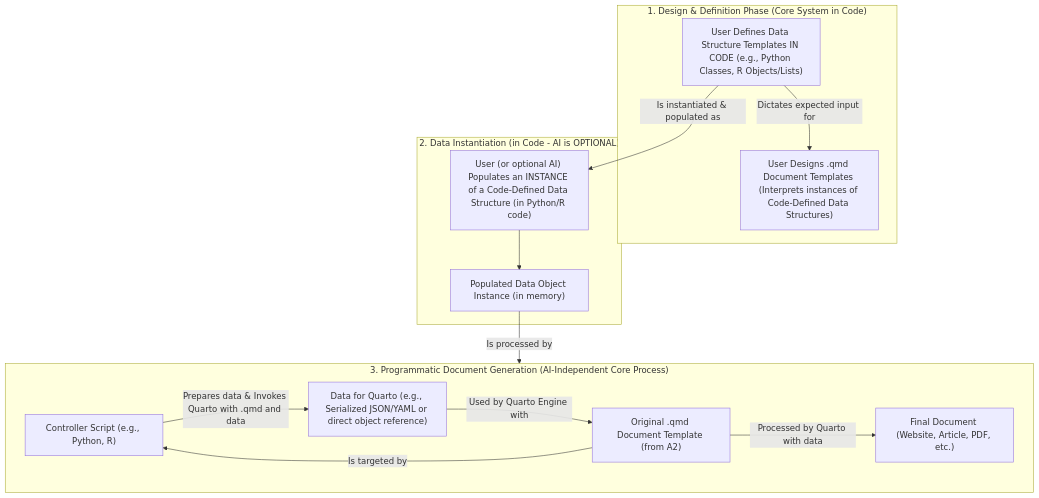
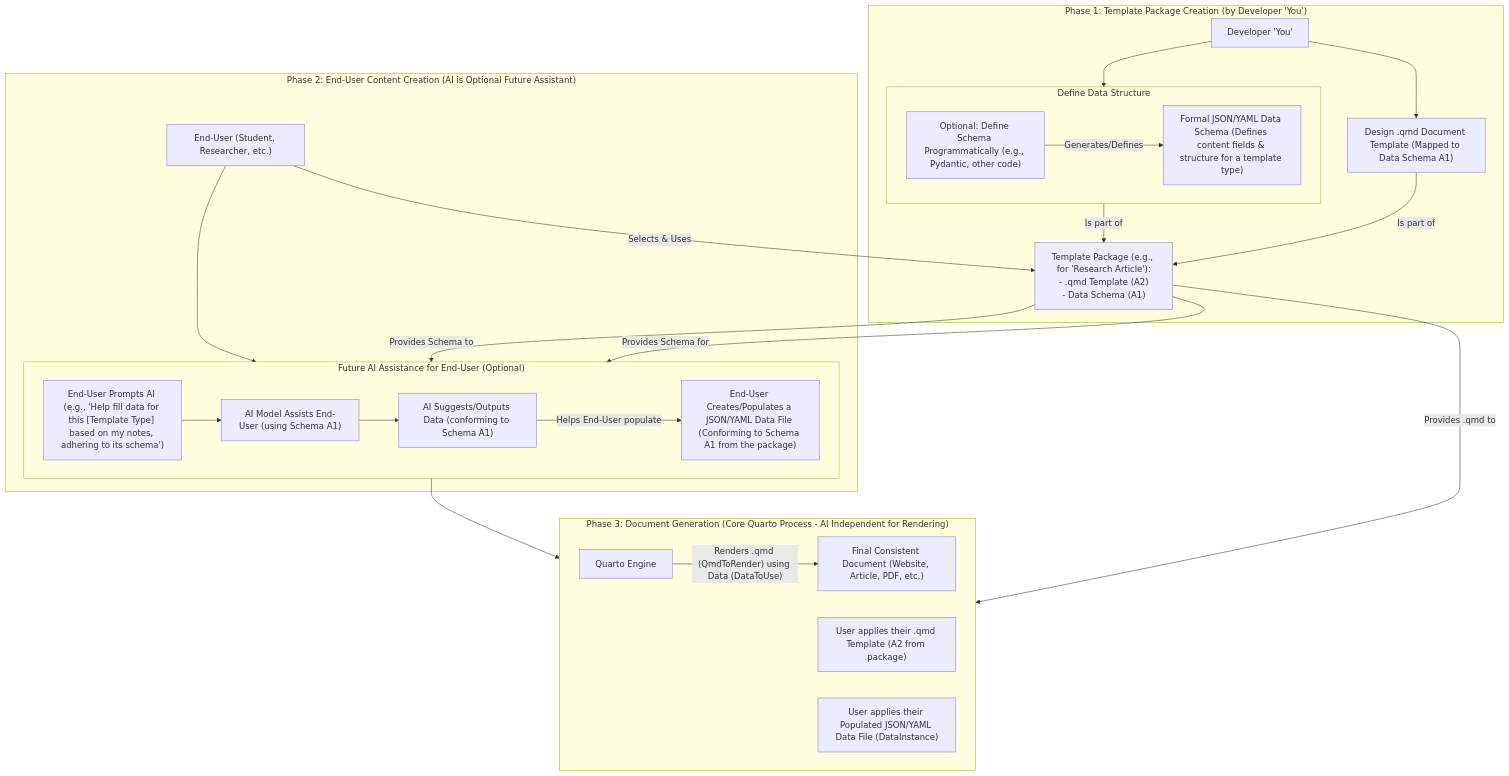
Before and after one commit to Value-Chain-Hackers/Templates-Yaml: the diagram in README.md, drawn with Mermaid.

````diff
--- a/README.md
+++ b/README.md
@@ -1,32 +1,58 @@
 ```mermaid
 graph TD
-    subgraph "1. Design & Definition Phase (Core System in Code)"
-        A1["User Defines Data Structure Templates IN CODE (e.g., Python Classes, R Objects/Lists)"]
-        A2["User Designs .qmd Document Templates (Interprets instances of Code-Defined Data Structures)"]
-        A1 -->|Dictates expected input for| A2
+    subgraph "Phase 1: Template Package Creation (by Developer 'You')"
+        Developer["Developer 'You'"]
+        
+        subgraph "Define Data Structure"
+            direction LR
+            PydanticOrCode["Optional: Define Schema Programmatically (e.g., Pydantic, other code)"]
+            A1["Formal JSON/YAML Data Schema (Defines content fields & structure for a template type)"]
+            PydanticOrCode -->|Generates/Defines| A1
+        end
+
+        A2["Design .qmd Document Template (Mapped to Data Schema A1)"]
+        
+        TemplatePackage["Template Package (e.g., for 'Research Article'):\n- .qmd Template (A2)\n- Data Schema (A1)"]
+
+        Developer --> PydanticOrCode
+        Developer --> A2
+        A1 -->|Is part of| TemplatePackage
+        A2 -->|Is part of| TemplatePackage
     end
 
-    subgraph "2. Data Instantiation (in Code - AI is OPTIONAL)"
-        B1_Populate["User (or optional AI) Populates an INSTANCE of a Code-Defined Data Structure (in Python/R code)"]
-        A1 -->|Is instantiated & populated as| B1_Populate
+    subgraph "Phase 2: End-User Content Creation (AI is Optional Future Assistant)"
+        EndUser["End-User (Student, Researcher, etc.)"]
         
-        DataInstance["Populated Data Object Instance (in memory)"]
-        B1_Populate --> DataInstance
+        EndUser -- "Selects & Uses" --> TemplatePackage
+
+        DataInstance["End-User Creates/Populates a JSON/YAML Data File (Conforming to Schema A1 from the package)"]
+        TemplatePackage -->|Provides Schema for| DataInstance
+        EndUser --> DataInstance
+        
+        subgraph "Future AI Assistance for End-User (Optional)"
+            direction LR
+            AI_Prompt["End-User Prompts AI (e.g., 'Help fill data for this [Template Type] based on my notes, adhering to its schema')"]
+            AI_Process["AI Model Assists End-User (using Schema A1)"]
+            AI_Output["AI Suggests/Outputs Data (conforming to Schema A1)"]
+            TemplatePackage -->|Provides Schema to| AI_Process
+            AI_Prompt --> AI_Process
+            AI_Process --> AI_Output
+            AI_Output -->|Helps End-User populate| DataInstance
+        end
     end
 
-    subgraph "3. Programmatic Document Generation (AI-Independent Core Process)"
+    subgraph "Phase 3: Document Generation (Core Quarto Process - AI Independent for Rendering)"
         direction LR
-        ControllerScript["Controller Script (e.g., Python, R)"]
-        QmdTemplate["Original .qmd Document Template (from A2)"]
+        QuartoEngine["Quarto Engine"]
         
-        RenderParams["Data for Quarto (e.g., Serialized JSON/YAML or direct object reference)"]
-        FinalDoc["Final Document (Website, Article, PDF, etc.)"]
+        QmdToRender["User applies their .qmd Template (A2 from package)"]
+        DataToUse["User applies their Populated JSON/YAML Data File (DataInstance)"]
+        
+        RenderedOutput["Final Consistent Document (Website, Article, PDF, etc.)"]
 
-        DataInstance -->|Is processed by| ControllerScript
-        QmdTemplate -->|Is targeted by| ControllerScript
-        
-        ControllerScript -- "Prepares data & Invokes Quarto with .qmd and data" --> RenderParams
-        RenderParams -- "Used by Quarto Engine with" --> QmdTemplate
-        QmdTemplate -- "Processed by Quarto with data" --> FinalDoc
+        TemplatePackage -->|Provides .qmd to| QmdToRender
+        DataInstance --> DataToUse
+
+        QuartoEngine -- "Renders .qmd (QmdToRender) using Data (DataToUse)" --> RenderedOutput
     end
 ``` 
````
